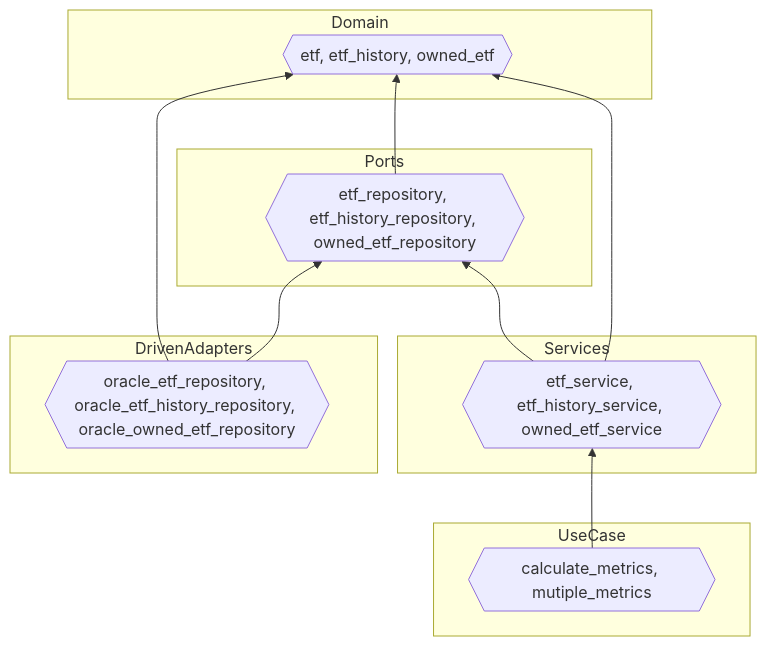
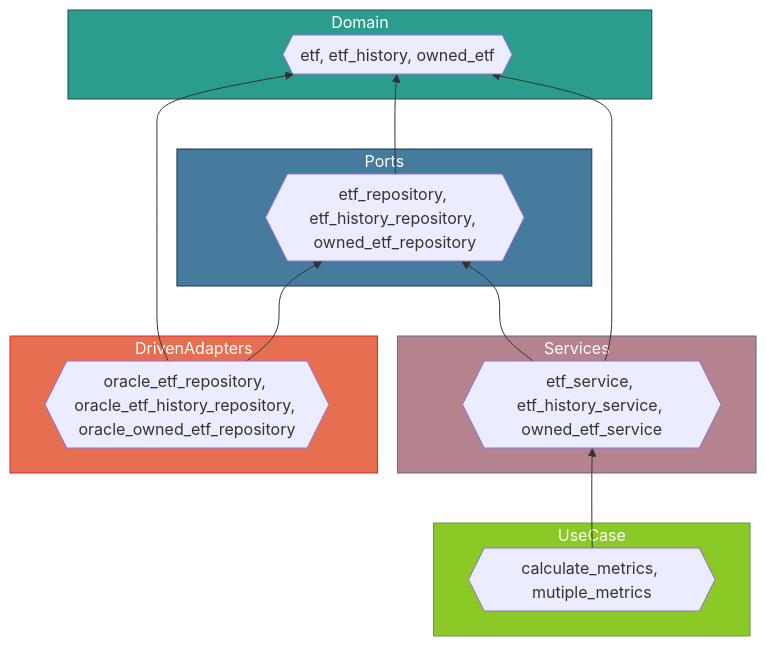
Before and after one commit to hemuba/wealthboard-hexagonal: the diagram in src/wealthboard/architecture/module_view.md, drawn with Mermaid.

Commit message:
added color on module depenency view

````diff
--- a/src/wealthboard/architecture/module_view.md
+++ b/src/wealthboard/architecture/module_view.md
@@ -4,33 +4,41 @@
 ``` mermaid
     flowchart BT
 
 
         subgraph Domain
             D{{etf, etf_history, owned_etf}}
         end
         
         subgraph Ports
             P{{etf_repository, etf_history_repository, owned_etf_repository}}
         end
 
         subgraph Services
             S{{etf_service, etf_history_service, owned_etf_service}}
         end
         
         subgraph DrivenAdapters
             DRIVENA{{oracle_etf_repository, oracle_etf_history_repository, oracle_owned_etf_repository}}
         end
 
         subgraph UseCase
             UC{{calculate_metrics, mutiple_metrics}}
         end
 
     style Domain fill: 
 
     DRIVENA --> P
     DRIVENA --> D
     P --> D
     S --> P
     S --> D
     UC --> S
+
+        %% Styles
+    style Domain fill:#2a9d8f,stroke:#264653,color:white
+    style Ports fill:#457b9d,stroke:#1d3557,color:white
+    style Services fill:#b5838d,stroke:#6d6875,color:white
+    style DrivenAdapters fill:#e76f51,stroke:#d62828,color:white
+    style UseCase fill:#8ac926,stroke:#6a994e,color:white
+
 ```
````
